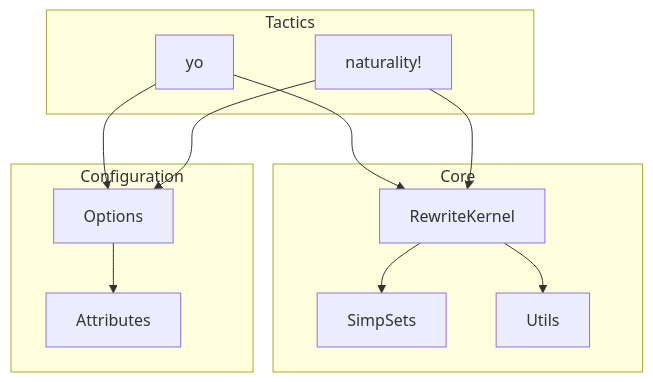
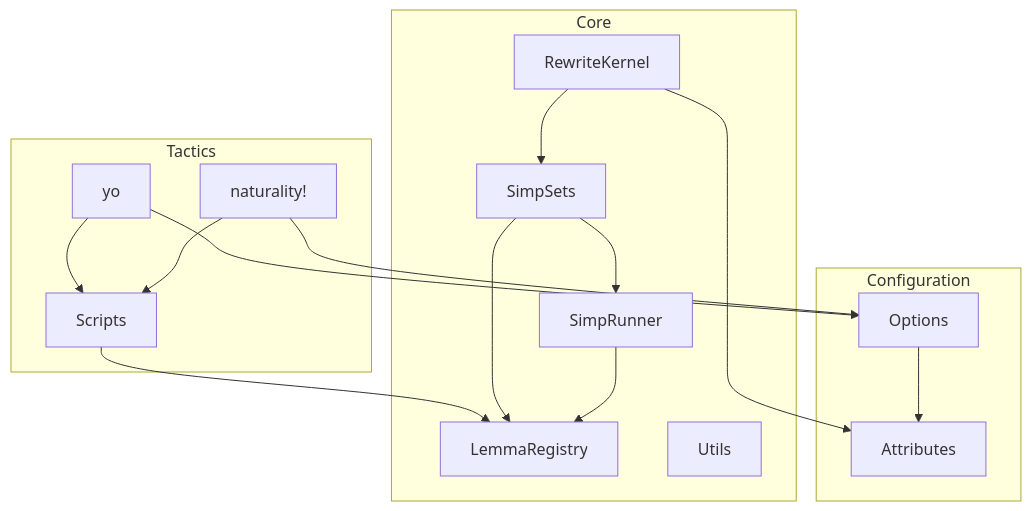
Before and after one commit to fraware/lean-yo: the diagram in README.md, drawn with Mermaid. The commit also changed other lines of this file and 30 other files, not shown here.

````diff
--- a/README.md
+++ b/README.md
@@ -46,23 +46,30 @@
 ```mermaid
 flowchart TB
   subgraph tg [Tactics]
     Y[yo]
     N[naturality!]
+    SC[Scripts]
   end
   subgraph cr [Core]
+    LR[LemmaRegistry]
+    SR[SimpRunner]
     K[RewriteKernel]
-    S[SimpSets]
+    SS[SimpSets]
     U[Utils]
   end
   subgraph cf [Configuration]
     O[Options]
     A[Attributes]
   end
-  Y --> K
-  N --> K
-  K --> S
-  K --> U
+  Y --> SC
+  N --> SC
+  SC --> LR
+  K --> SS
+  SS --> SR
+  SS --> LR
+  SR --> LR
+  K --> A
   Y --> O
   N --> O
   O --> A
 ```
````
